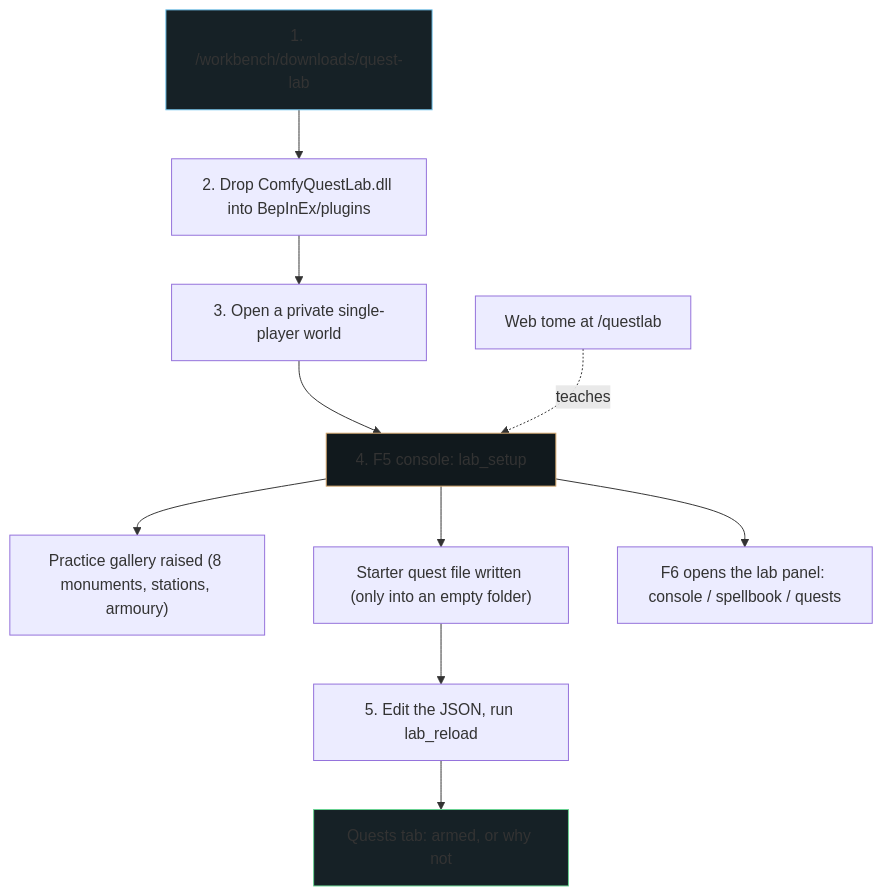
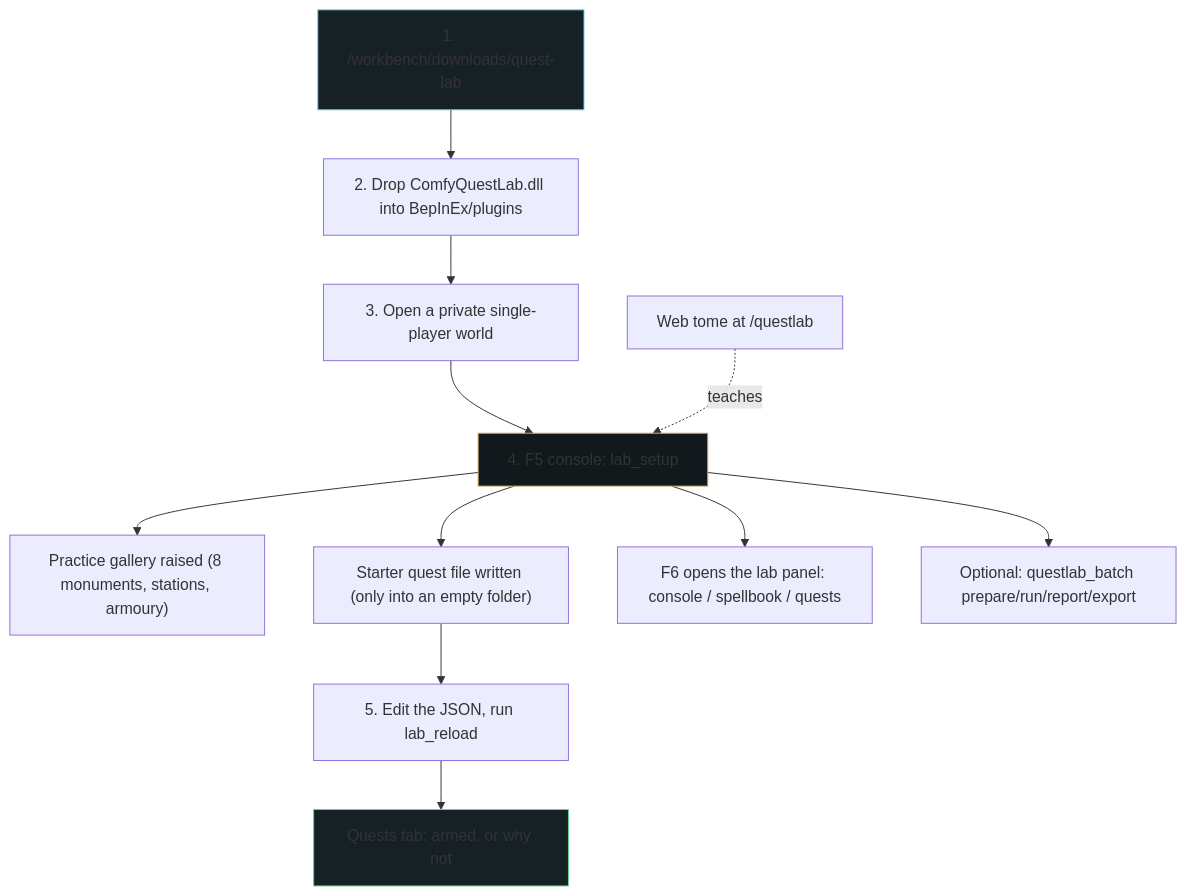
One commit to djcdevelopment/baseline changed the diagram in docs/quest-lab-turnkey-vision.md. Above: the diagram before and after it, drawn with Mermaid. The commit also changed other lines of this file and 22 other files, not shown here.

````diff
--- a/docs/quest-lab-turnkey-vision.md
+++ b/docs/quest-lab-turnkey-vision.md
@@ -29,19 +29,20 @@
 ```mermaid
 flowchart TD
     Link["1. /workbench/downloads/quest-lab"] --> Drop["2. Drop ComfyQuestLab.dll into BepInEx/plugins"]
     Drop --> Start["3. Open a private single-player world"]
     Start --> Setup["4. F5 console: lab_setup"]
 
     Setup --> Gallery["Practice gallery raised (8 monuments, stations, armoury)"]
     Setup --> Seed["Starter quest file written (only into an empty folder)"]
     Setup --> Panel["F6 opens the lab panel: console / spellbook / quests"]
+    Setup --> Batch["Optional: questlab_batch prepare/run/report/export"]
 
     Seed --> Edit["5. Edit the JSON, run lab_reload"]
     Edit --> Verdict["Quests tab: armed, or why not"]
 
     Tome["Web tome at /questlab"] -.teaches.-> Setup
 
     style Link fill:#162126,stroke:#75c9f1
     style Setup fill:#11191d,stroke:#d7a86e
     style Verdict fill:#162126,stroke:#68d391
 ```
````
